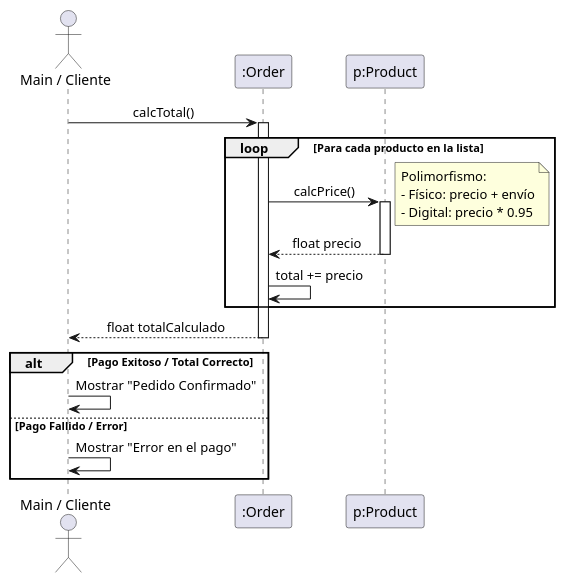
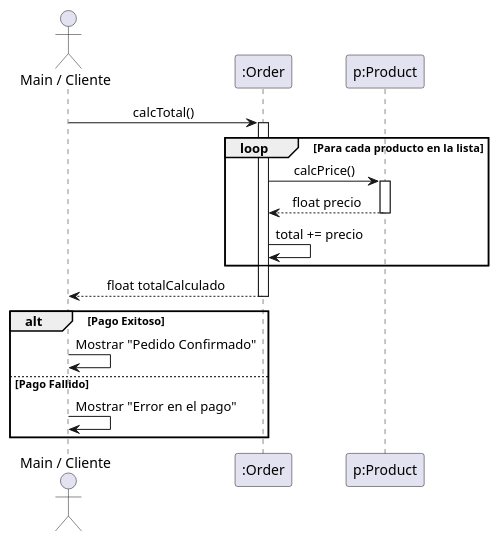
Before and after one commit to shadowbirdo/JFGonzalezPublicProjects: the diagram in Entornos de Desarrollo/Proyecto_gestionPedidos_parte2/secuencia.puml, drawn with PlantUML. The commit also changed 3 other files, not shown here.

Commit message:
Tweaked the behavioural diagrams for ENDES

```diff
--- a/Entornos de Desarrollo/Proyecto_gestionPedidos_parte2/secuencia.puml
+++ b/Entornos de Desarrollo/Proyecto_gestionPedidos_parte2/secuencia.puml
@@ -1,37 +1,31 @@
 @startuml
 skinparam sequenceMessageAlign center
 skinparam responseMessageBelowArrow true
 
 actor "Main / Cliente" as User
 participant ":Order" as Order
 participant "p:Product" as Product
 
 User -> Order : calcTotal()
 activate Order
 
 loop Para cada producto en la lista
     Order -> Product : calcPrice()
     activate Product
     
-    note right
-        Polimorfismo:
-        - Físico: precio + envío
-        - Digital: precio * 0.95
-    end note
-    
     Product --> Order : float precio
     deactivate Product
     
     Order -> Order : total += precio
 end
 
 Order --> User : float totalCalculado
 deactivate Order
 
-alt Pago Exitoso / Total Correcto
+alt Pago Exitoso
     User -> User : Mostrar "Pedido Confirmado"
     
-else Pago Fallido / Error
+else Pago Fallido
     User -> User : Mostrar "Error en el pago"
 end
 @enduml
```
